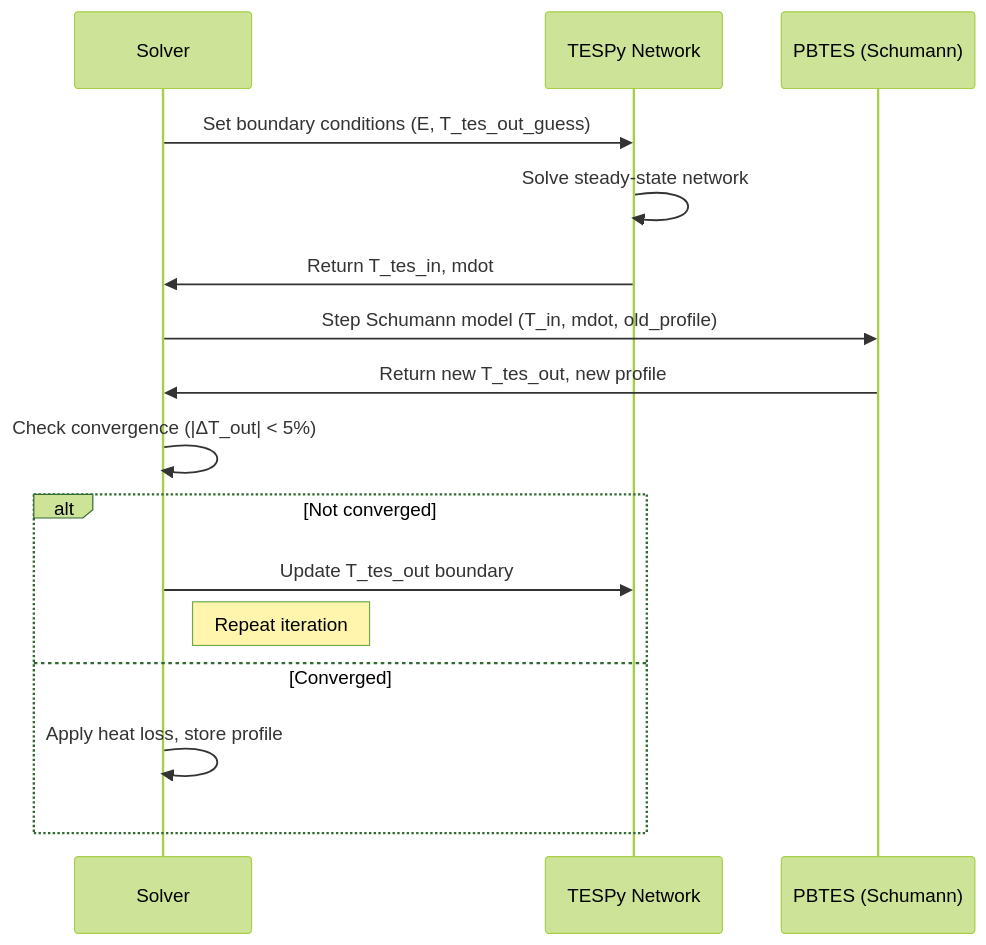
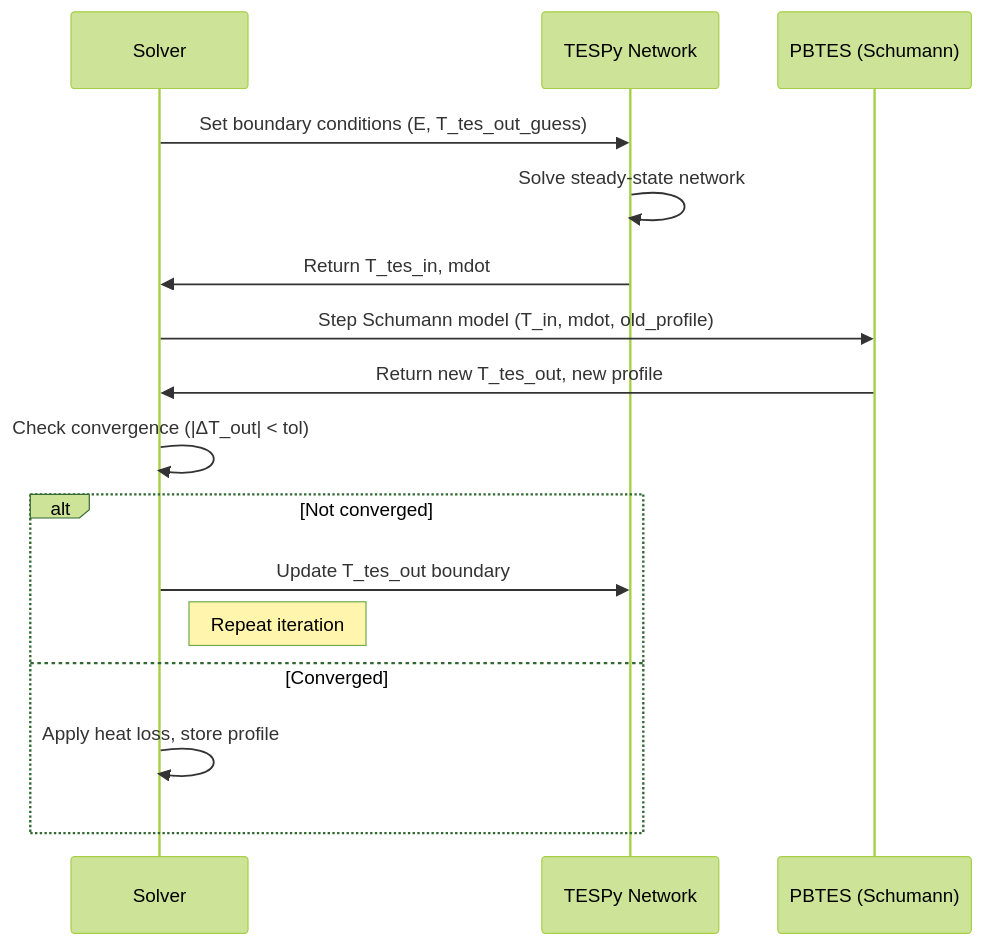
Diagram 17 of 17 in .planning/PLANT_LAYOUTS_AND_MODES.md (iwolde/pbtes-sim), drawn with Mermaid (forest theme) before and after one commit. The commit also changed other lines of this file and 12 other files, not shown here.

````diff
--- a/.planning/PLANT_LAYOUTS_AND_MODES.md
+++ b/.planning/PLANT_LAYOUTS_AND_MODES.md
@@ -588,19 +625,19 @@
 ```mermaid
 sequenceDiagram
     participant S as Solver
     participant T as TESPy Network
     participant P as PBTES (Schumann)
 
     S->>T: Set boundary conditions (E, T_tes_out_guess)
     T->>T: Solve steady-state network
     T->>S: Return T_tes_in, mdot
     S->>P: Step Schumann model (T_in, mdot, old_profile)
     P->>S: Return new T_tes_out, new profile
-    S->>S: Check convergence (|ΔT_out| < 5%)
+    S->>S: Check convergence (|ΔT_out| < tol)
     alt Not converged
         S->>T: Update T_tes_out boundary
         Note right of S: Repeat iteration
     else Converged
         S->>S: Apply heat loss, store profile
     end
 ```
````
